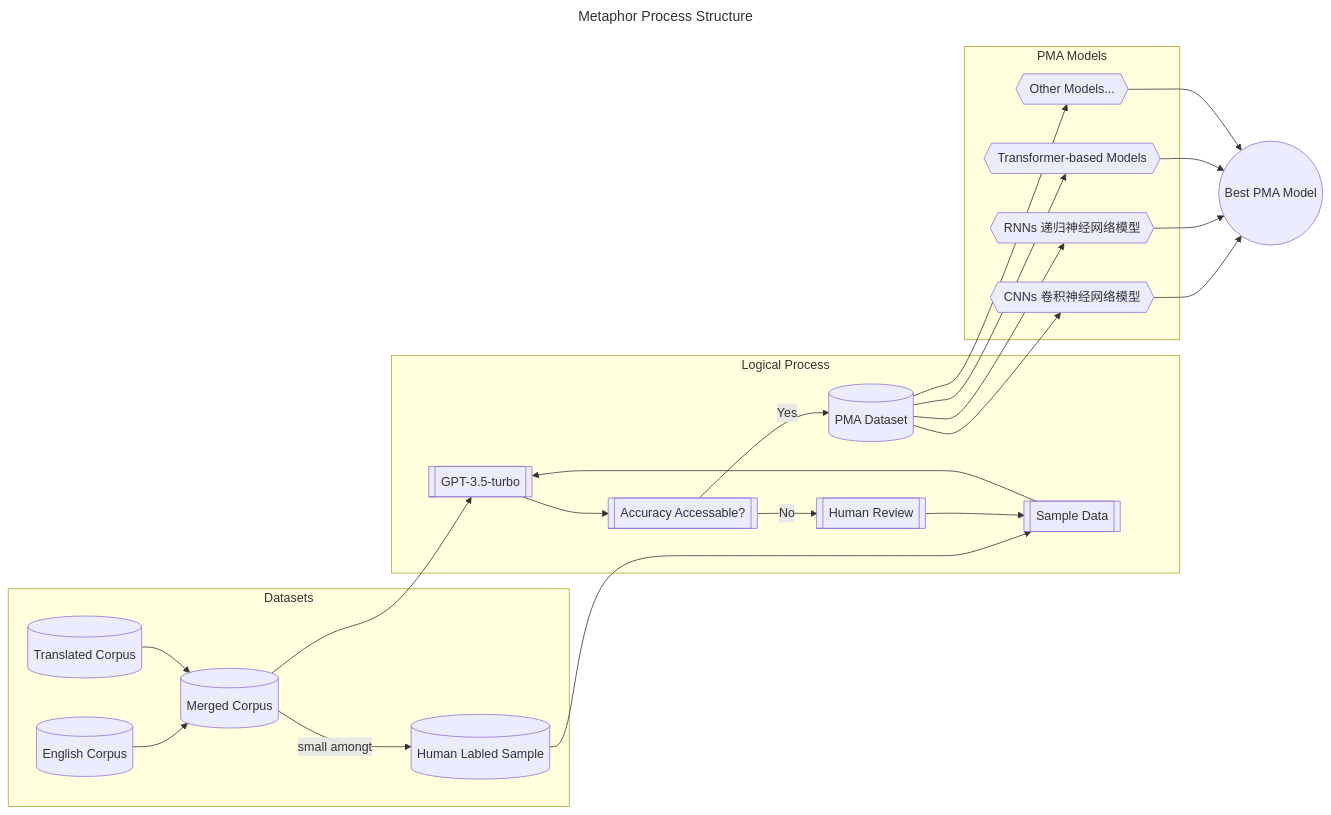
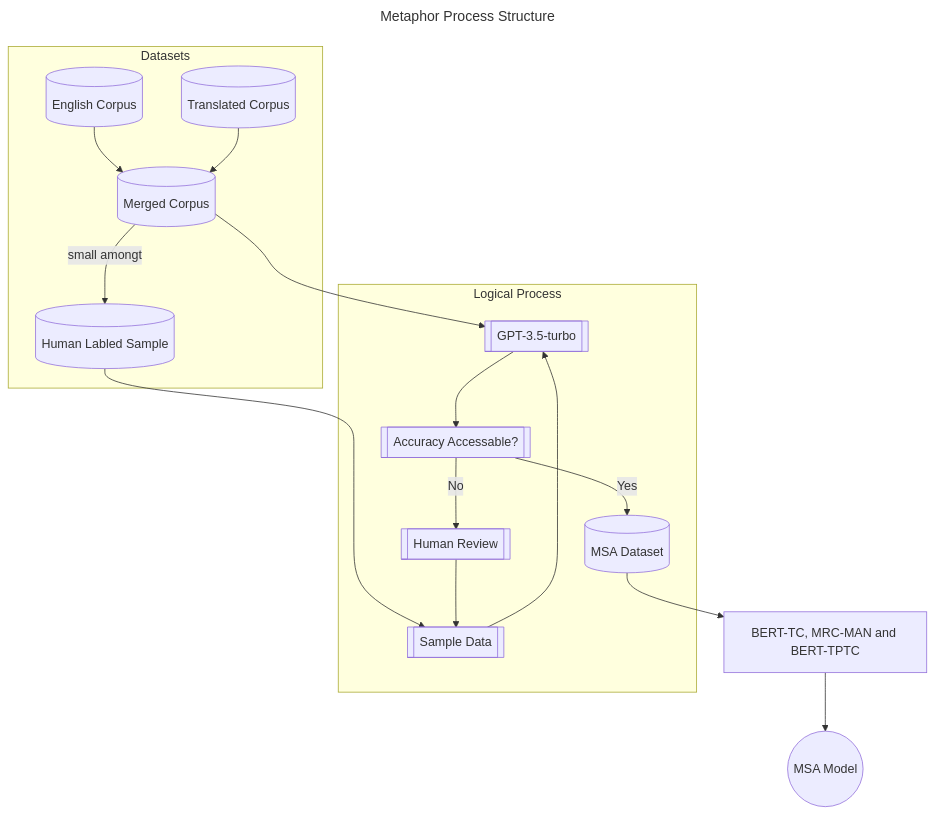
Before and after one commit to XiaoSong-CPE/XiaoSong-CPE.github.io: the diagram in docs/english/Trump's_Inaugural_Address_Analysis.md, drawn with Mermaid. The commit also changed other lines of this file and 1 other file, not shown here.

````diff
--- a/docs/english/Trump's_Inaugural_Address_Analysis.md
+++ b/docs/english/Trump's_Inaugural_Address_Analysis.md
@@ -47,34 +57,27 @@
 ```mermaid
 ---
 title: Metaphor Process Structure
 ---
-flowchart LR
+flowchart TB
     ds1[(English Corpus)]
     ds2[(Translated Corpus)]
     ds3[(Merged Corpus)]
     dss[(Human Labled Sample)]
     gpt[[GPT-3.5-turbo]]
     if[[Accuracy Accessable?]]
     review[[Human Review]]
     sample[[Sample Data]]
-    ds4[(PMA Dataset)]
+    ds4[(MSA Dataset)]
     dss --> sample
     ds3-->gpt
-    ds4--> m1 & m2 & m3 & more -->res
+    ds4--> model[BERT-TC, MRC-MAN and BERT-TPTC] --> res((MSA Model))
     subgraph Datasets
-    ds1 & ds2 --> ds3 -->|small amongt| dss    
+    ds1 & ds2 --> ds3 -->|small amongt| dss
     end
     subgraph Logical Process
     sample --> gpt
     gpt --> if
     if --> |No| review --> sample
     if --> |Yes| ds4
     end
-    subgraph PMA Models
-    m1{{CNNs 卷积神经网络模型}}
-    m2{{RNNs 递归神经网络模型}}
-    m3{{Transformer-based Models}}
-    more{{Other Models...}}
-    end
-    res((Best PMA Model))
 ```
````
